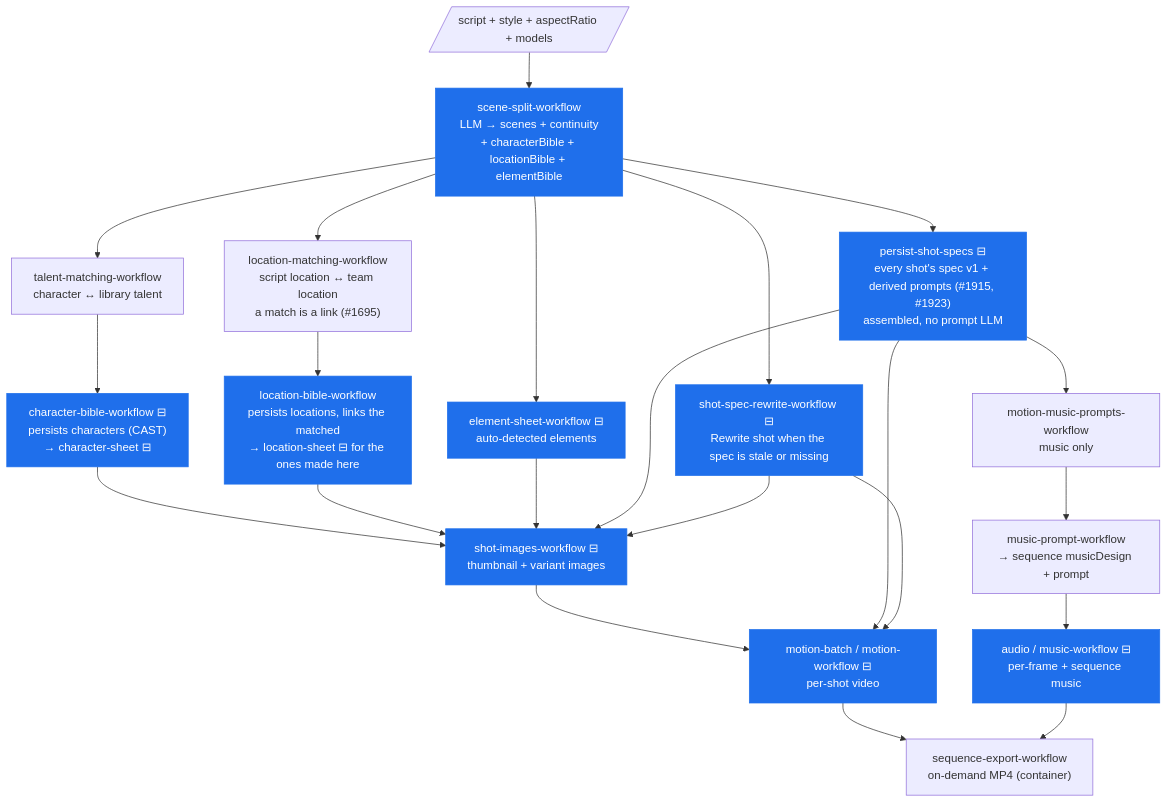
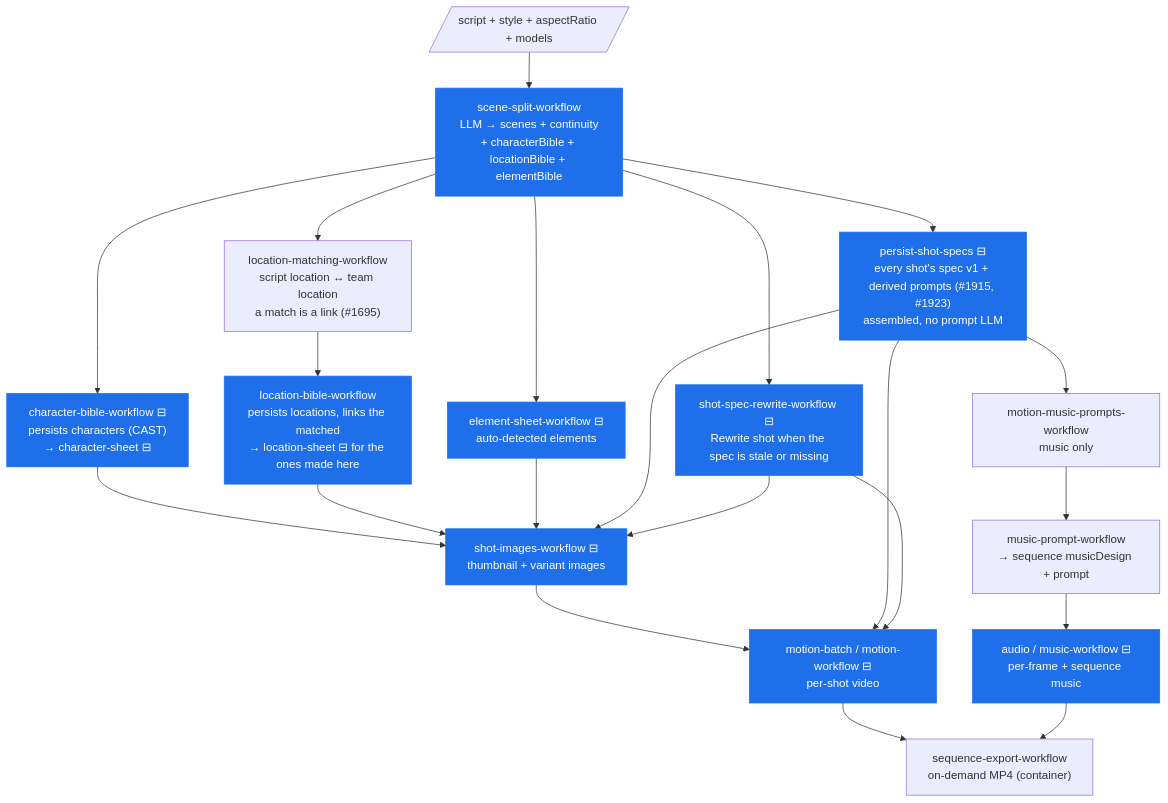
The first of 4 diagrams in docs/architecture/prompt-staleness-dependency-graph.md (Jyatin/openstory), drawn with Mermaid before and after one commit. The commit also changed other lines of this file and 340 other files, not shown here.

First line of the commit message:
feat(#2135): remove the talent library (#2136)

````diff
--- a/docs/architecture/prompt-staleness-dependency-graph.md
+++ b/docs/architecture/prompt-staleness-dependency-graph.md
@@ -124,36 +124,34 @@
 ```mermaid
 flowchart TD
     script[/"script + style + aspectRatio + models"/]
 
     script --> split["scene-split-workflow<br/>LLM → scenes + continuity<br/>+ characterBible + locationBible + elementBible"]
 
-    split --> talent["talent-matching-workflow<br/>character ↔ library talent"]
+    split --> cbib["character-bible-workflow ⊟<br/>persists characters (CAST)<br/>→ character-sheet ⊟"]
     split --> locmatch["location-matching-workflow<br/>script location ↔ team location<br/>a match is a link (#1695)"]
-
-    talent --> cbib["character-bible-workflow ⊟<br/>persists characters (CAST)<br/>→ character-sheet ⊟"]
     locmatch --> lbib["location-bible-workflow<br/>persists locations, links the matched<br/>→ location-sheet ⊟ for the ones made here"]
     split --> elem["element-sheet-workflow ⊟<br/>auto-detected elements"]
 
     split --> dvprompt["persist-shot-specs ⊟<br/>every shot's spec v1 + derived prompts (#1915, #1923)<br/>assembled, no prompt LLM"]
     split --> rewrite["shot-spec-rewrite-workflow ⊟<br/>Rewrite shot when the spec is stale or missing"]
 
     dvprompt --> mmprompt["motion-music-prompts-workflow<br/>music only"]
     mmprompt --> musicp["music-prompt-workflow<br/>→ sequence musicDesign + prompt"]
 
     cbib --> img["shot-images-workflow ⊟<br/>thumbnail + variant images"]
     lbib --> img
     elem --> img
     dvprompt --> img
     rewrite --> img
 
     img --> motion["motion-batch / motion-workflow ⊟<br/>per-shot video"]
     dvprompt --> motion
     rewrite --> motion
     musicp --> audio["audio / music-workflow ⊟<br/>per-frame + sequence music"]
 
     motion --> export["sequence-export-workflow<br/>on-demand MP4 (container)"]
     audio --> export
 
     classDef stamp fill:#1f6feb,stroke:#1f6feb,color:#fff;
     class cbib,lbib,elem,dvprompt,rewrite,img,motion,audio,split stamp;
 ```
````
